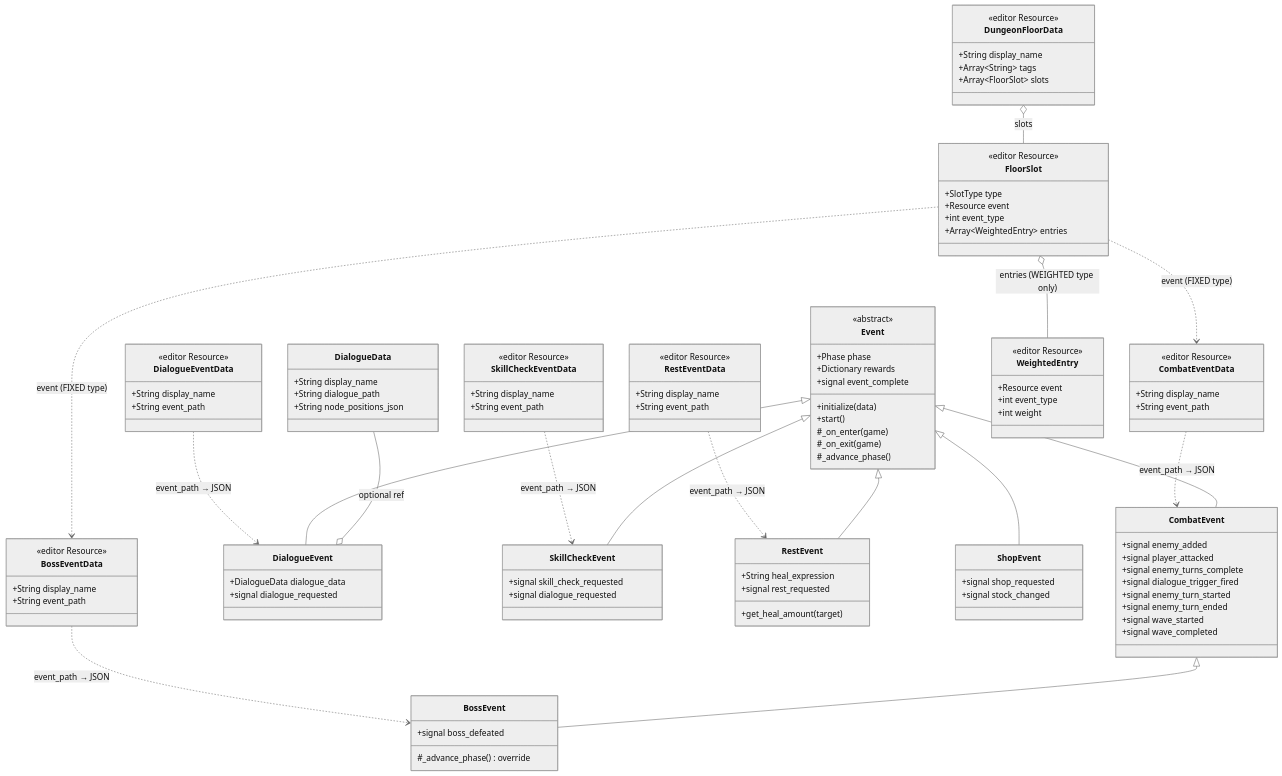
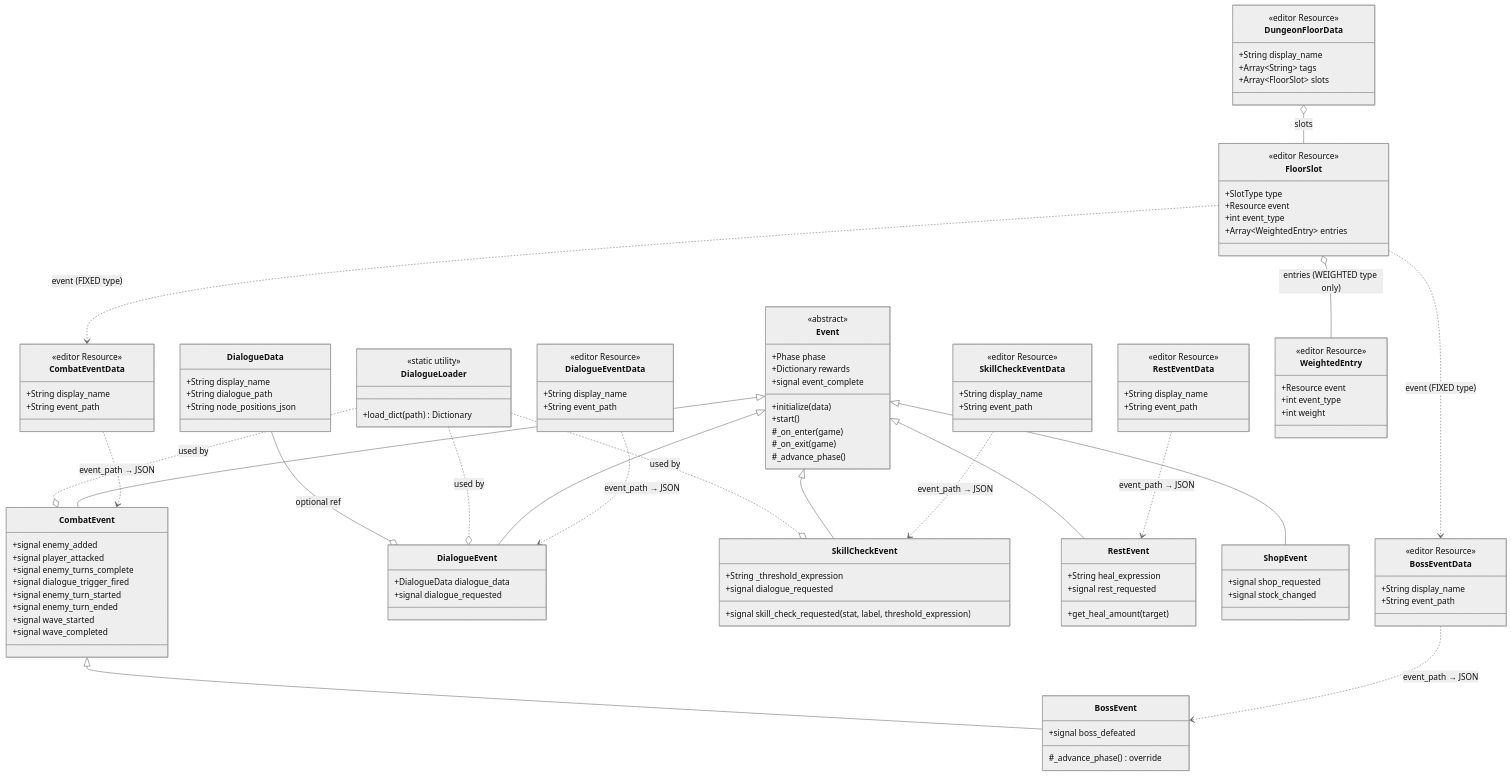
One commit to mjholder/crawler changed the second of 5 diagrams in journal/architecture.md. Above: the diagram before and after it, drawn with Mermaid (neutral theme). The commit also changed 19 other files, not shown here.

```diff
--- a/journal/architecture.md
+++ b/journal/architecture.md
@@ -95,9 +95,17 @@
     }
     DialogueData --o DialogueEvent : optional ref
     class SkillCheckEvent {
-        +signal skill_check_requested
+        +String _threshold_expression
+        +signal skill_check_requested(stat, label, threshold_expression)
         +signal dialogue_requested
     }
+    class DialogueLoader {
+        <<static utility>>
+        +load_dict(path) Dictionary
+    }
+    DialogueLoader ..o DialogueEvent : used by
+    DialogueLoader ..o SkillCheckEvent : used by
+    DialogueLoader ..o CombatEvent : used by
     class RestEvent {
         +String heal_expression
         +signal rest_requested
```
